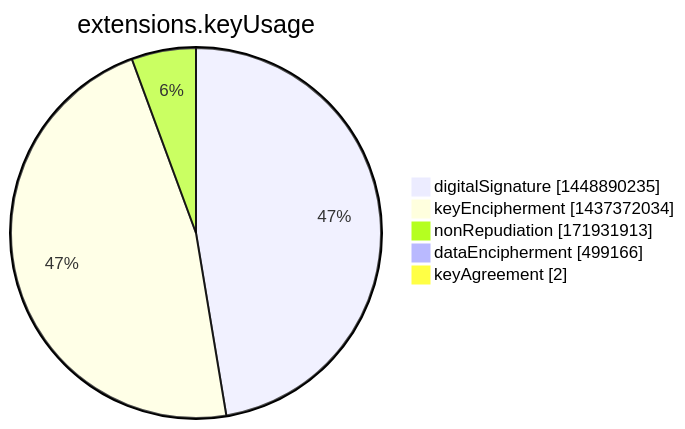
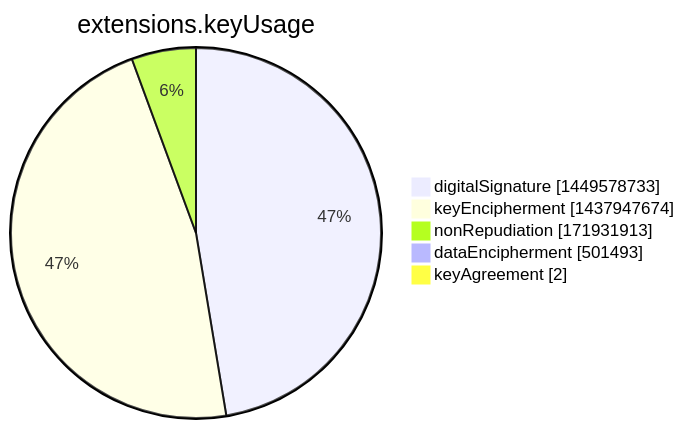
Before and after one commit to christiankrug/ctmonitor_visualization: the seventh of 15 diagrams in argon2022/README.md, drawn with Mermaid. The commit also changed other lines of this file, not shown here.

````diff
--- a/argon2022/README.md
+++ b/argon2022/README.md
@@ -2751,9 +2751,9 @@
 ```mermaid
 pie showData
 title extensions.keyUsage
-"digitalSignature" :1448890235
-"keyEncipherment" :1437372034
+"digitalSignature" :1449578733
+"keyEncipherment" :1437947674
 "nonRepudiation" :171931913
-"dataEncipherment" :499166
+"dataEncipherment" :501493
 "keyAgreement" :2
 ```
````
